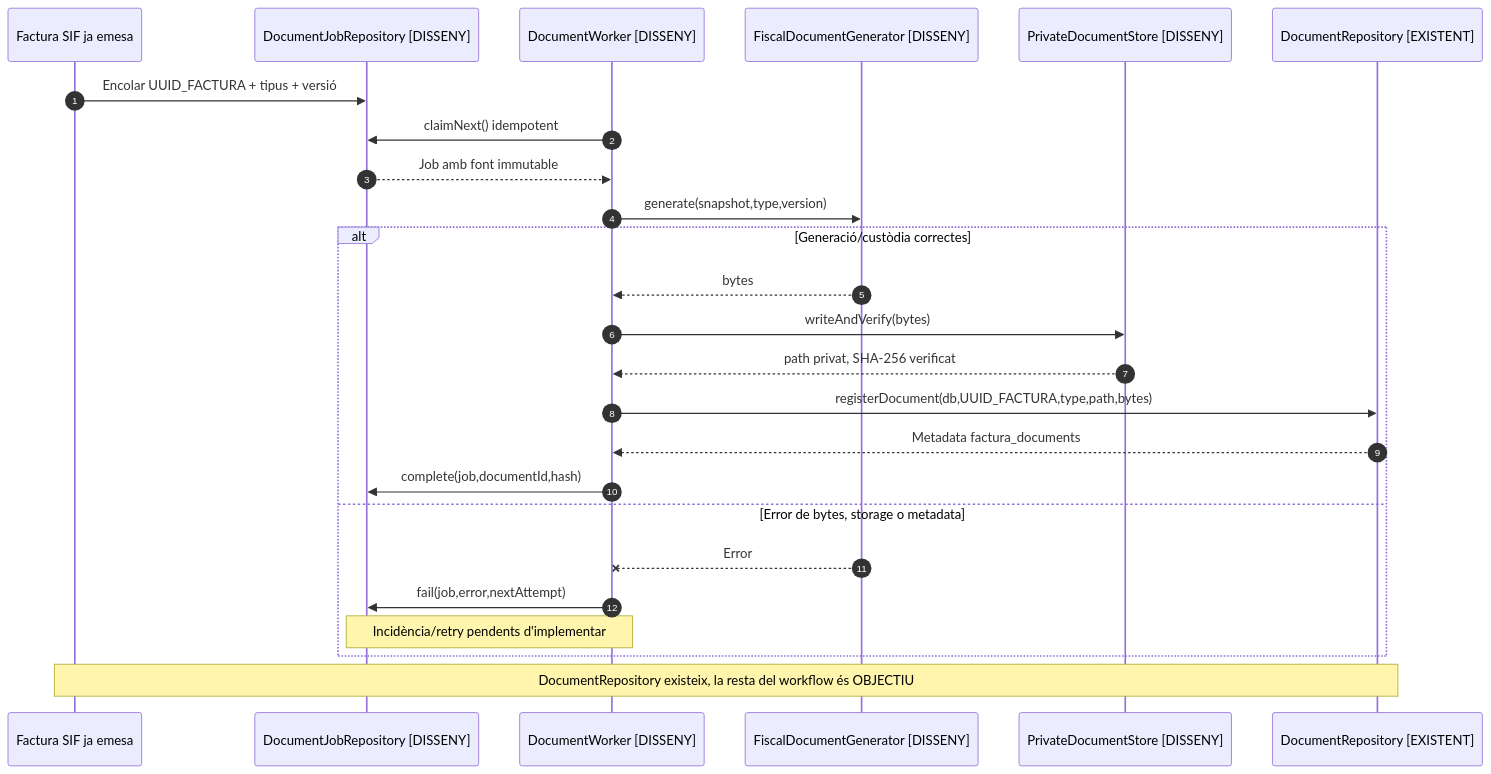
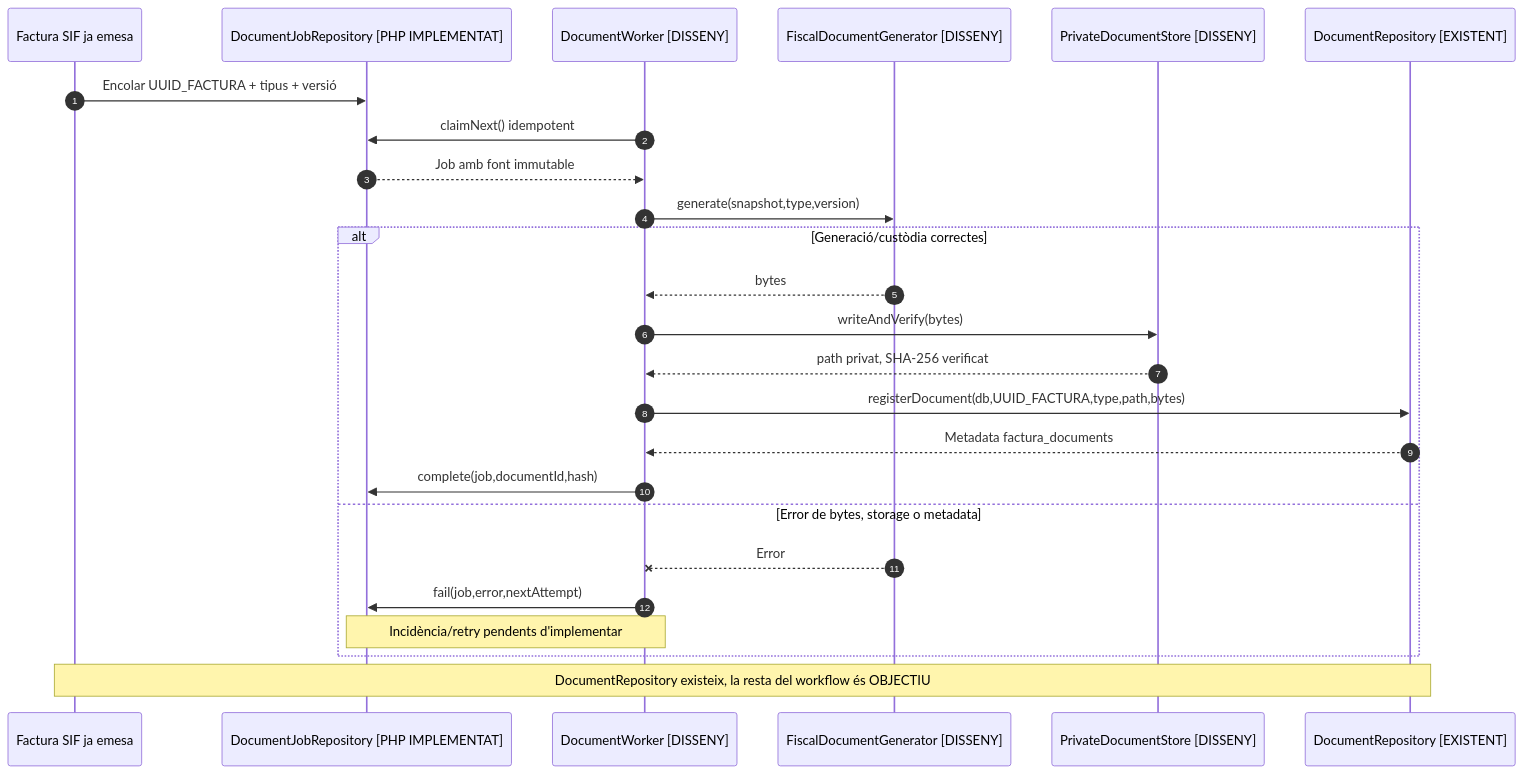
The fourth of 11 diagrams in documentacio/07-uml-integrat/uc-055-custodiar-reintentar-documents.md (orgmeriemprismacat-del/verifactu), drawn with Mermaid before and after one commit. The commit also changed other lines of this file, not shown here.

Commit message:
docs(uc-055): marcar encolat documental UC-004 implementat

````diff
--- a/documentacio/07-uml-integrat/uc-055-custodiar-reintentar-documents.md
+++ b/documentacio/07-uml-integrat/uc-055-custodiar-reintentar-documents.md
@@ -153,27 +153,27 @@
 ```mermaid
 sequenceDiagram
 autonumber
 participant Inv as Factura SIF ja emesa
-participant J as DocumentJobRepository [DISSENY]
+participant J as DocumentJobRepository [PHP IMPLEMENTAT]
 participant W as DocumentWorker [DISSENY]
 participant G as FiscalDocumentGenerator [DISSENY]
 participant Store as PrivateDocumentStore [DISSENY]
 participant R as DocumentRepository [EXISTENT]
 Inv->>J: Encolar UUID_FACTURA + tipus + versió
 W->>J: claimNext() idempotent
 J-->>W: Job amb font immutable
 W->>G: generate(snapshot,type,version)
 alt Generació/custòdia correctes
  G-->>W: bytes
  W->>Store: writeAndVerify(bytes)
  Store-->>W: path privat, SHA-256 verificat
  W->>R: registerDocument(db,UUID_FACTURA,type,path,bytes)
  R-->>W: Metadata factura_documents
  W->>J: complete(job,documentId,hash)
 else Error de bytes, storage o metadata
  G--xW: Error
  W->>J: fail(job,error,nextAttempt)
  Note over W,J: Incidència/retry pendents d'implementar
 end
 Note over Inv,R: DocumentRepository existeix, la resta del workflow és OBJECTIU
 ```
````
